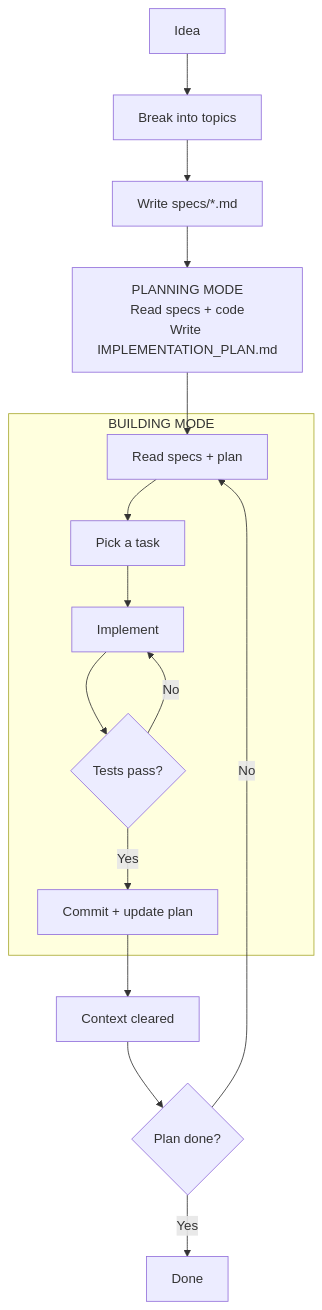
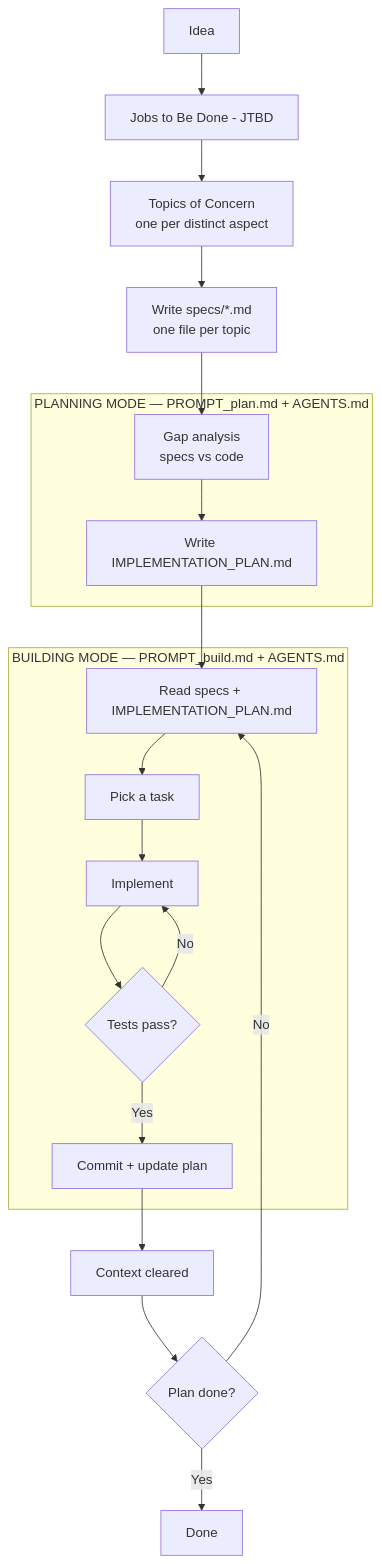
The diagram in docs/claude-code-enhancement.md (locchh/cc-draft), drawn with Mermaid before and after one commit. The commit also changed other lines of this file, not shown here.

Commit message:
refactor workflow diagram to show Jobs to Be Done and clarify planning/building mode prompts in claude-code-enhancement.md

````diff
--- a/docs/claude-code-enhancement.md
+++ b/docs/claude-code-enhancement.md
@@ -56,21 +57,26 @@
 ```mermaid
-flowchart TD                                                                                                                                                     
-      A[Idea] --> B[Break into topics]                                                                                                                           
-      B --> C[Write specs/*.md]                                                                                                                                    
-      C --> D[PLANNING MODE\nRead specs + code\nWrite IMPLEMENTATION_PLAN.md]
-      D --> E                                                                                                                                                      
-                                                                                                                                                                 
-      subE[BUILDING MODE]             
-      subgraph subE[BUILDING MODE]
-          E[Read specs + plan] --> F[Pick a task]
-          F --> G[Implement]
-          G --> H{Tests pass?}
-          H -- No --> G
-          H -- Yes --> I[Commit + update plan]
-      end
+flowchart TD
+    A[Idea] --> B[Jobs to Be Done - JTBD]
+    B --> C[Topics of Concern\none per distinct aspect]
+    C --> D["Write specs/*.md\none file per topic"]
+    D --> E
 
-      I --> J[Context cleared]
-      J --> K{Plan done?}
-      K -- No --> E
-      K -- Yes --> L[Done]
+    subgraph PLAN[PLANNING MODE — PROMPT_plan.md + AGENTS.md]
+        E[Gap analysis\nspecs vs code] --> F[Write IMPLEMENTATION_PLAN.md]
+    end
+
+    F --> G
+
+    subgraph BUILD[BUILDING MODE — PROMPT_build.md + AGENTS.md]
+        G[Read specs + IMPLEMENTATION_PLAN.md] --> H[Pick a task]
+        H --> I[Implement]
+        I --> J{Tests pass?}
+        J -- No --> I
+        J -- Yes --> K[Commit + update plan]
+    end
+
+    K --> L[Context cleared]
+    L --> M{Plan done?}
+    M -- No --> G
+    M -- Yes --> N[Done]
 ```
````
